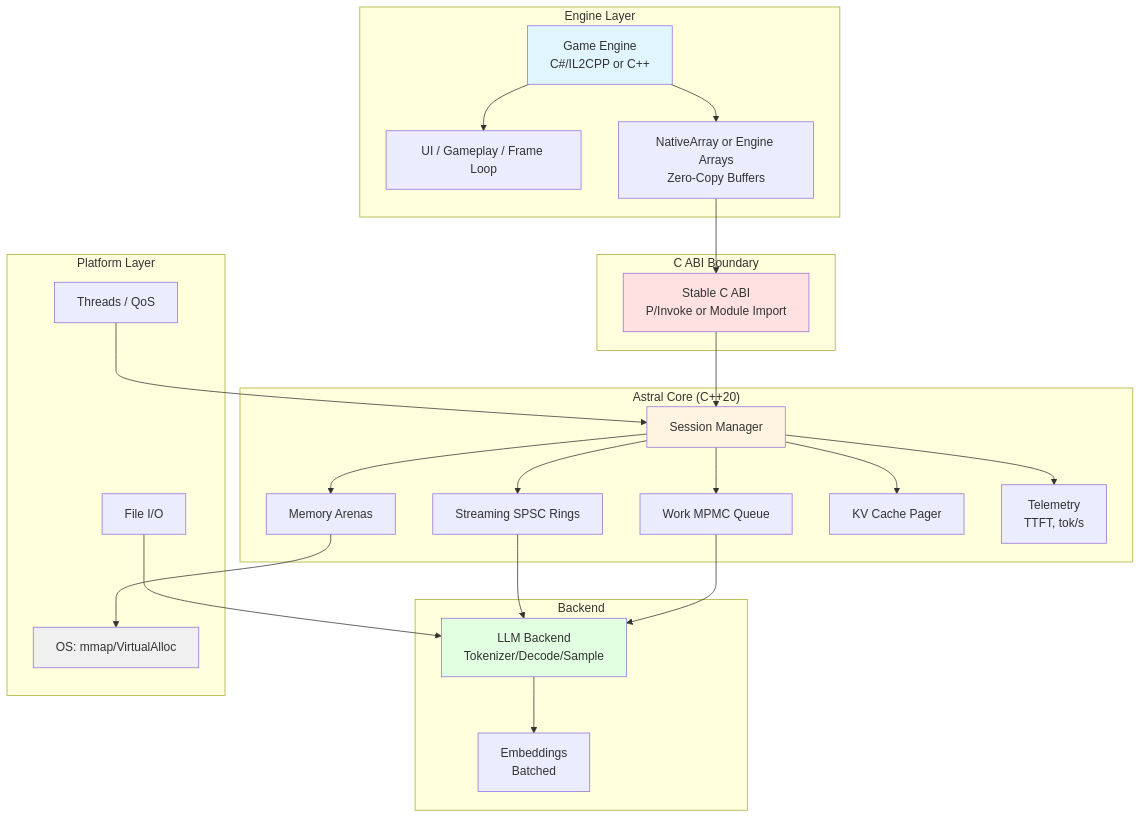
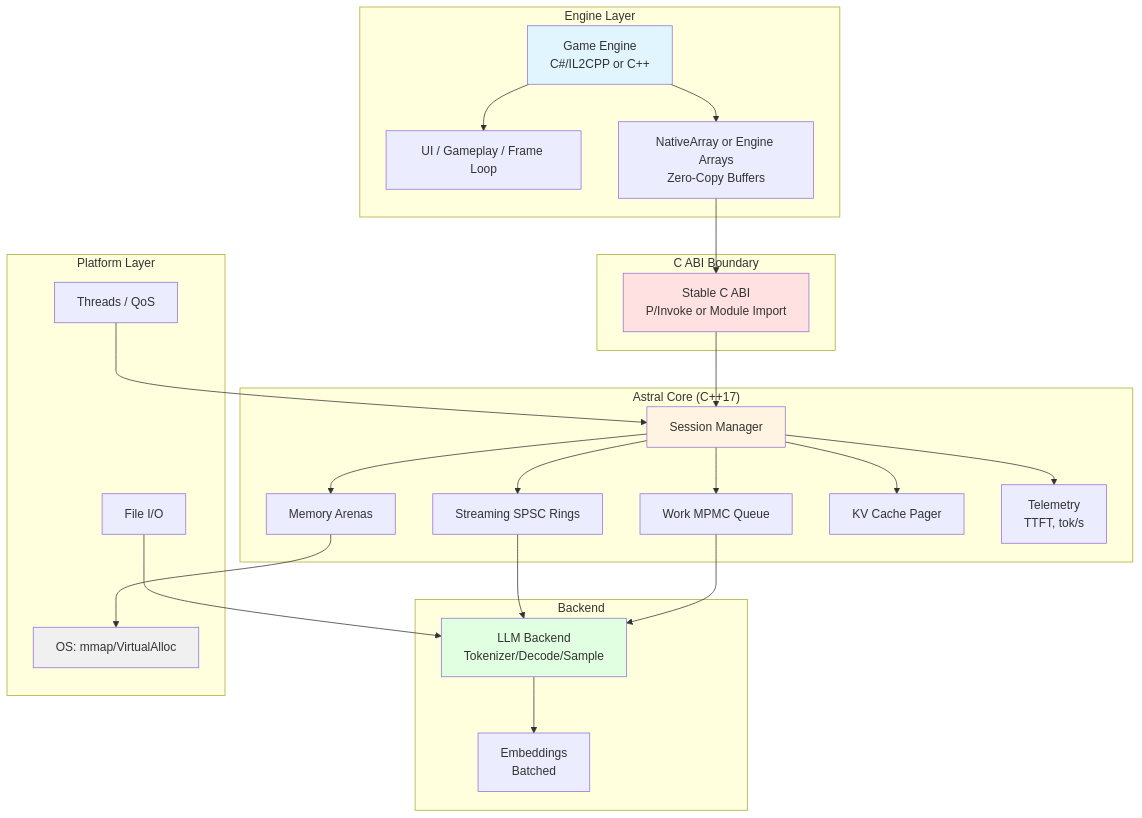
The first of 7 diagrams in docs/architecture/ENGINE_INTEGRATION_PATTERNS.md (Cosmin-B/astral-runtime), drawn with Mermaid before and after one commit. The commit also changed 39 other files, not shown here.

````diff
--- a/docs/architecture/ENGINE_INTEGRATION_PATTERNS.md
+++ b/docs/architecture/ENGINE_INTEGRATION_PATTERNS.md
@@ -9,56 +9,56 @@
 ```mermaid
 graph TB
     subgraph "Engine Layer"
         ENGINE[Game Engine<br/>C#/IL2CPP or C++]
         UI[UI / Gameplay / Frame Loop]
         BUFFERS[NativeArray or Engine Arrays<br/>Zero-Copy Buffers]
     end
 
     subgraph "C ABI Boundary"
         CABI[Stable C ABI<br/>P/Invoke or Module Import]
     end
 
-    subgraph "Astral Core (C++20)"
+    subgraph "Astral Core (C++17)"
         SESSION[Session Manager]
         STREAMING[Streaming SPSC Rings]
         WORK[Work MPMC Queue]
         ARENAS[Memory Arenas]
         KV[KV Cache Pager]
         TELEMETRY[Telemetry<br/>TTFT, tok/s]
     end
 
     subgraph "Backend"
         BACKEND[LLM Backend<br/>Tokenizer/Decode/Sample]
         EMBED[Embeddings<br/>Batched]
     end
 
     subgraph "Platform Layer"
         OS[OS: mmap/VirtualAlloc]
         THREADS[Threads / QoS]
         FILE[File I/O]
     end
 
     ENGINE --> UI
     ENGINE --> BUFFERS
     BUFFERS --> CABI
     CABI --> SESSION
     SESSION --> STREAMING
     SESSION --> WORK
     SESSION --> ARENAS
     SESSION --> KV
     SESSION --> TELEMETRY
 
     STREAMING --> BACKEND
     WORK --> BACKEND
     BACKEND --> EMBED
 
     ARENAS --> OS
     THREADS --> SESSION
     FILE --> BACKEND
 
     style ENGINE fill:#e1f5ff
     style CABI fill:#ffe1e1
     style SESSION fill:#fff4e1
     style BACKEND fill:#e1ffe1
     style OS fill:#f0f0f0
 ```
````
